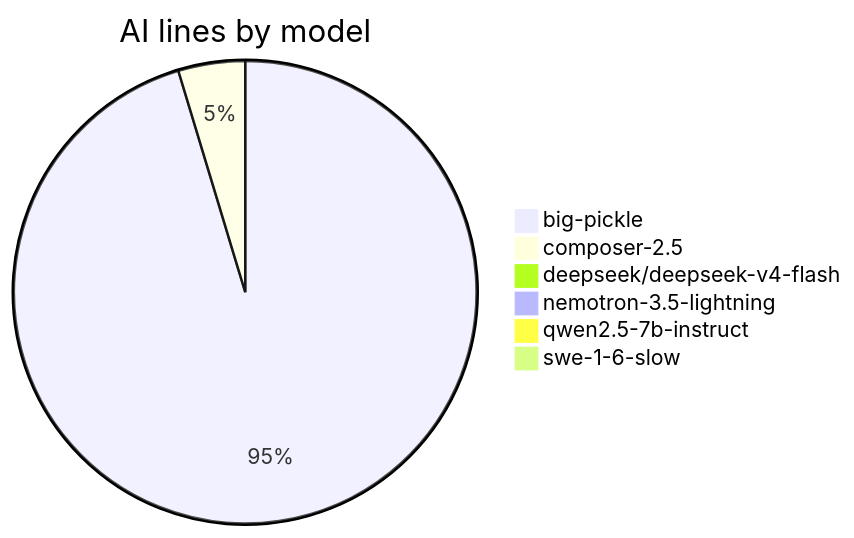
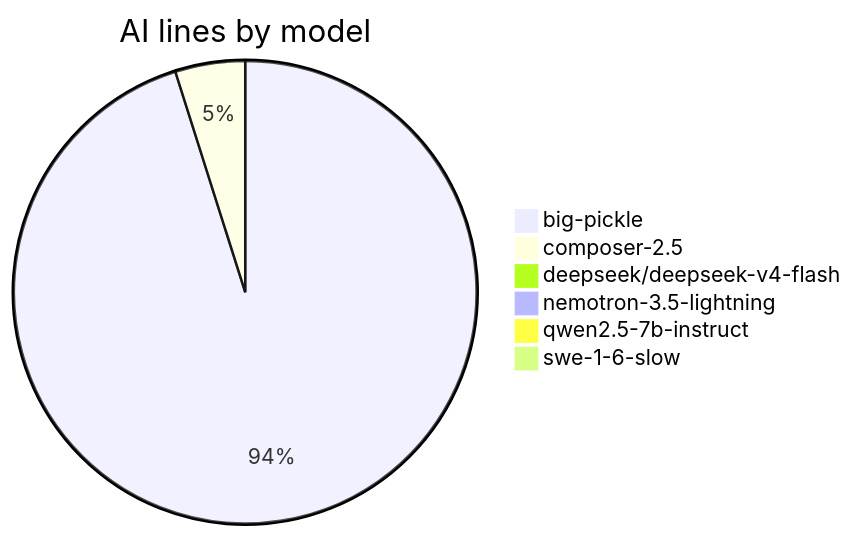
One commit to CaliMark/game-of-life changed the fourth of 5 diagrams in AI-AUTHORSHIP.md. Above: the diagram before and after it, drawn with Mermaid. The commit also changed other lines of this file and 1 other file, not shown here.

````diff
--- a/AI-AUTHORSHIP.md
+++ b/AI-AUTHORSHIP.md
@@ -58,9 +58,9 @@
 ```mermaid
 pie title AI lines by model
-    "big-pickle" : 857
+    "big-pickle" : 818
     "composer-2.5" : 42
     "deepseek/deepseek-v4-flash" : 1
     "nemotron-3.5-lightning" : 1
     "qwen2.5-7b-instruct" : 3
     "swe-1-6-slow" : 2
 ```
````
